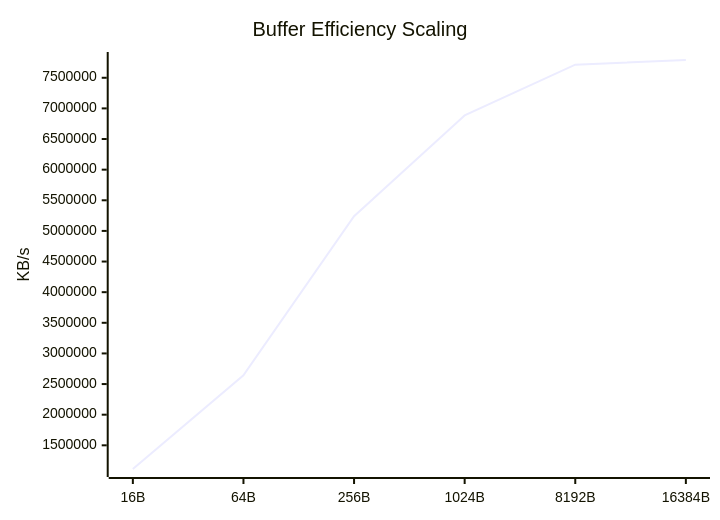
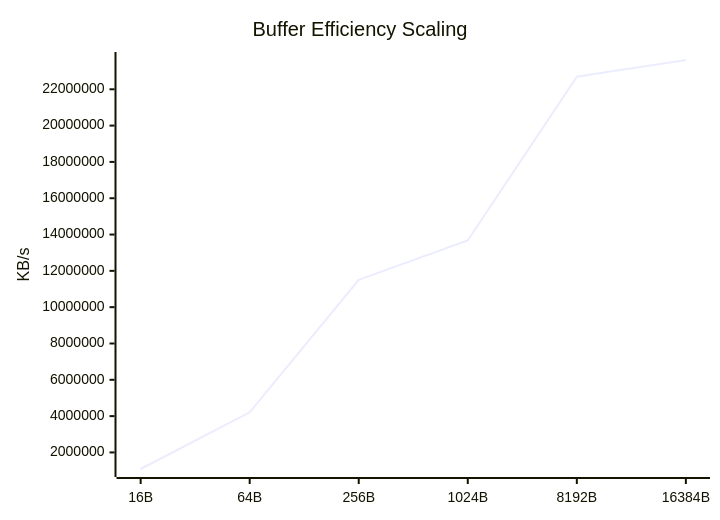
One commit to taha2samy/openssl_fips changed the eighth of 9 diagrams in docs/Comparison_Report.md. Above: the diagram before and after it, drawn with Mermaid. The commit also changed other lines of this file and 3 other files, not shown here.

````diff
--- a/docs/Comparison_Report.md
+++ b/docs/Comparison_Report.md
@@ -118,7 +118,7 @@
 ```mermaid
 xychart-beta
     title "Buffer Efficiency Scaling"
     x-axis [16B, 64B, 256B, 1024B, 8192B, 16384B]
     y-axis "KB/s"
-    line [1113420.1, 2644448.42, 5239062.78, 6884785.15, 7713525.76, 7790084.1]
+    line [1087877.46, 4208894.21, 11510801.92, 13673346.56, 22693818.37, 23612678.14]
 ```
````
